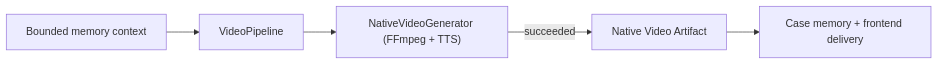
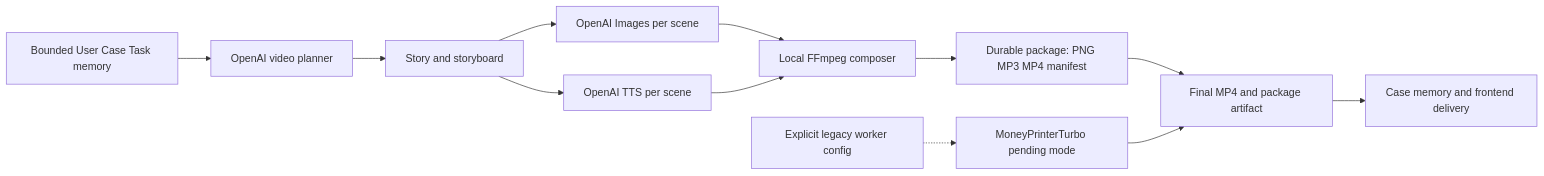
Before and after one commit to udit79/Sudarshan_agentic_core: the eighth of 9 diagrams in docs/internal/pipeline-orchestration.md, drawn with Mermaid. The commit also changed other lines of this file and 15 other files, not shown here.

Commit message:
video pipeline model

````diff
--- a/docs/internal/pipeline-orchestration.md
+++ b/docs/internal/pipeline-orchestration.md
@@ -288,7 +301,14 @@
 ```mermaid
 flowchart LR
-    M[Bounded memory context] --> S[VideoPipeline]
-    S --> NATIVE["NativeVideoGenerator (FFmpeg + TTS)"]
-    NATIVE -->|succeeded| V[Native Video Artifact]
-    V --> C[Case memory + frontend delivery]
+    M[Bounded User Case Task memory] --> P[OpenAI video planner]
+    P --> SB[Story and storyboard]
+    SB --> IMG[OpenAI Images per scene]
+    SB --> TTS[OpenAI TTS per scene]
+    IMG --> FF[Local FFmpeg composer]
+    TTS --> FF
+    FF --> PKG[Durable package: PNG MP3 MP4 manifest]
+    PKG --> V[Final MP4 and package artifact]
+    V --> C[Case memory and frontend delivery]
+    LEG[Explicit legacy worker config] -.-> LEGACY[MoneyPrinterTurbo pending mode]
+    LEGACY --> V
 ```
````
